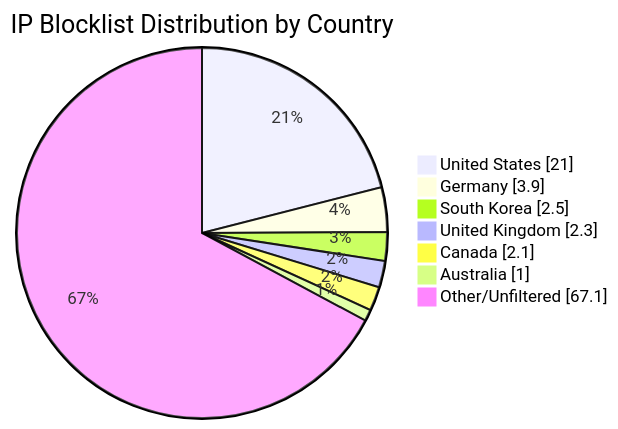
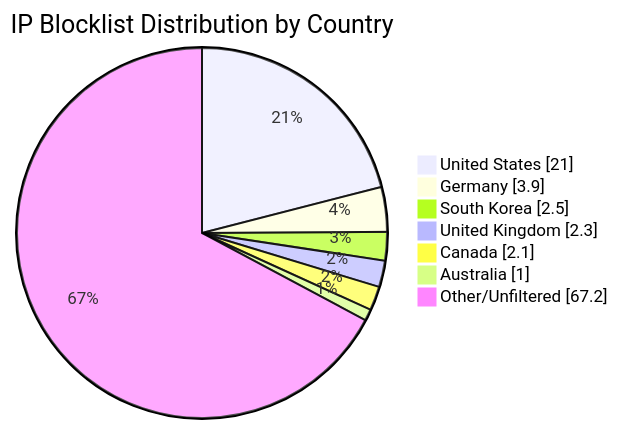
One commit to MarcusHoltz/ipblocklist-geofiltered-aggregator changed the diagram in README.md. Above: the diagram before and after it, drawn with Mermaid. The commit also changed other lines of this file and 9 other files, not shown here.

````diff
--- a/README.md
+++ b/README.md
@@ -34,10 +34,10 @@
 ```mermaid
 pie showData title IP Blocklist Distribution by Country
 "United States" : 21.0
 "Germany" : 3.9
 "South Korea" : 2.5
 "United Kingdom" : 2.3
 "Canada" : 2.1
 "Australia" : 1.0
-"Other/Unfiltered" : 67.1
+"Other/Unfiltered" : 67.2
 ```
````
